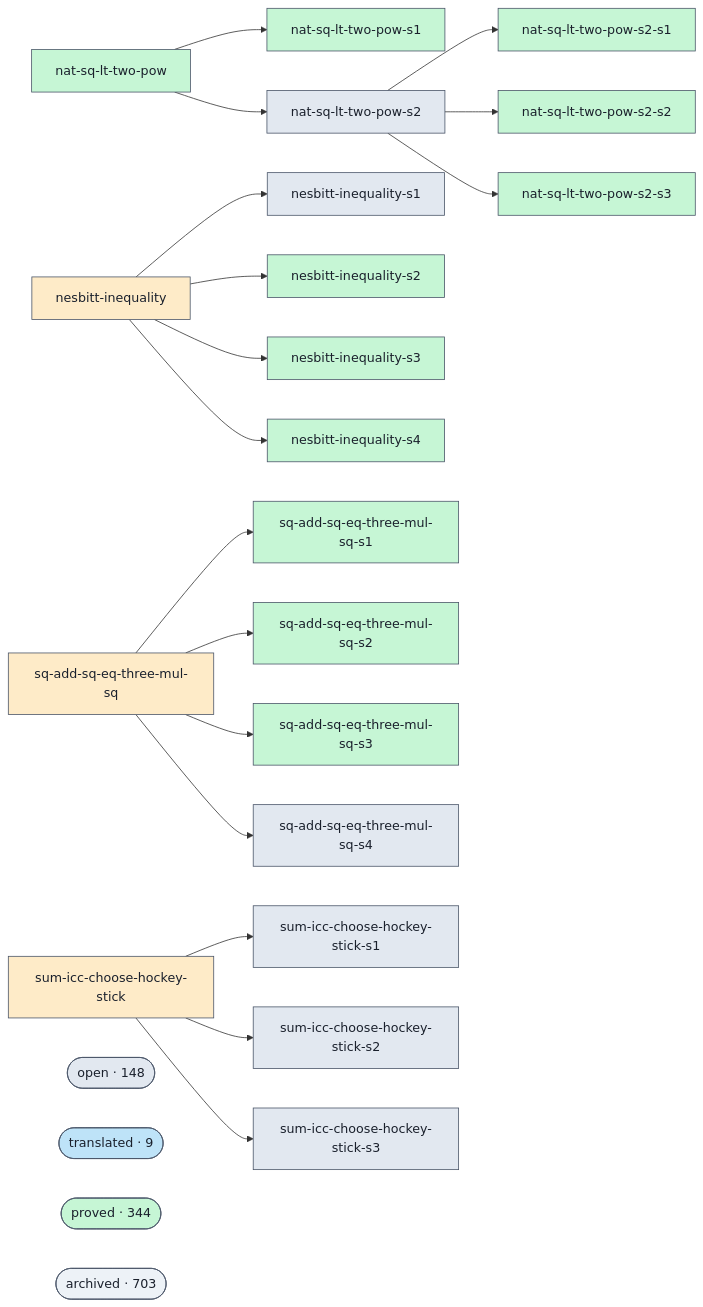
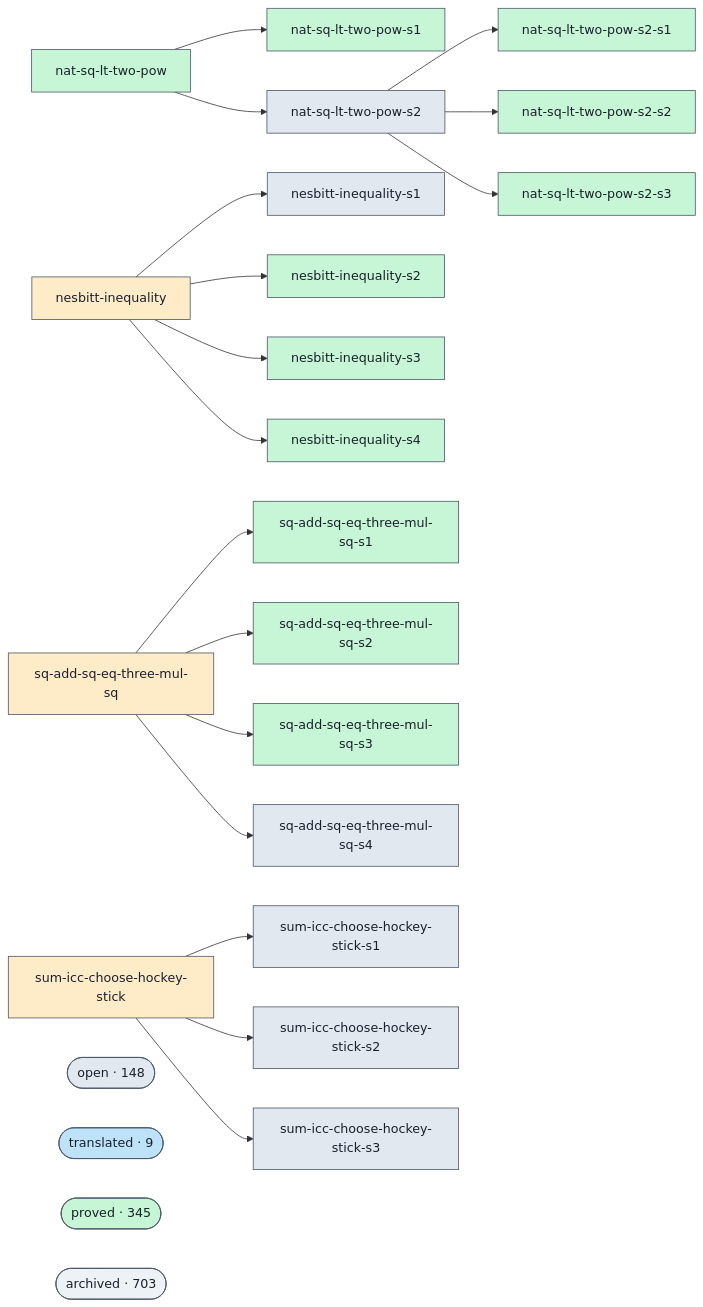
The diagram in docs/proofs-contributors-visualisation.md (Rauxon/unsorry), drawn with Mermaid before and after one commit. The commit also changed other lines of this file and 2 other files, not shown here.

```diff
--- a/docs/proofs-contributors-visualisation.md
+++ b/docs/proofs-contributors-visualisation.md
@@ -102,7 +102,7 @@
   class cluster_open open;
   cluster_translated(["translated · 9"])
   class cluster_translated translated;
-  cluster_proved(["proved · 344"])
+  cluster_proved(["proved · 345"])
   class cluster_proved proved;
   cluster_archived(["archived · 703"])
   class cluster_archived unknown;
```
